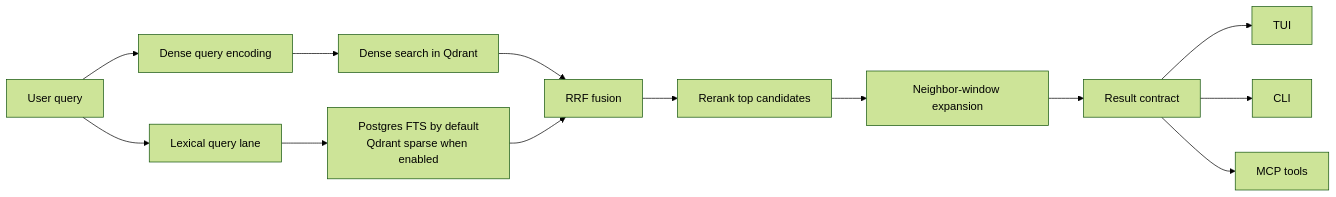
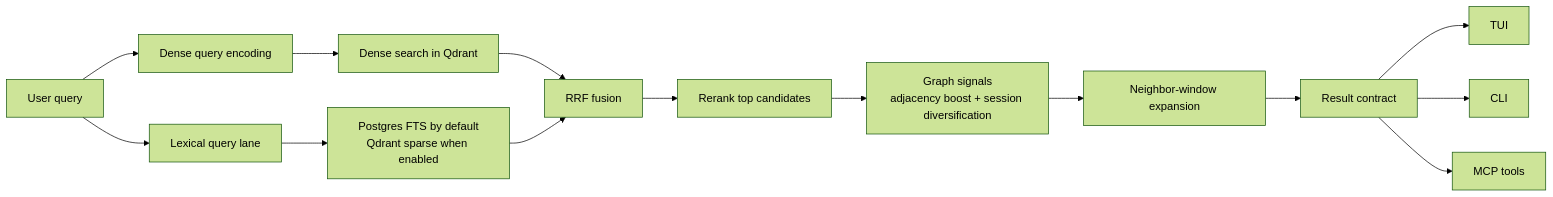
One commit to Timandilu/vaultq changed the third of 4 diagrams in README.md. Above: the diagram before and after it, drawn with Mermaid (forest theme). The commit also changed other lines of this file and 54 other files, not shown here.

````diff
--- a/README.md
+++ b/README.md
@@ -86,15 +87,16 @@
 ```mermaid
 flowchart LR
     Q["User query"] --> DQ["Dense query encoding"]
     Q --> SQ["Lexical query lane"]
     DQ --> DS["Dense search in Qdrant"]
     SQ --> SS["Postgres FTS by default<br/>Qdrant sparse when enabled"]
     DS --> F["RRF fusion"]
     SS --> F
     F --> R["Rerank top candidates"]
-    R --> N["Neighbor-window expansion"]
+    R --> G["Graph signals<br/>adjacency boost + session diversification"]
+    G --> N["Neighbor-window expansion"]
     N --> O["Result contract"]
     O --> TUI["TUI"]
     O --> CLI["CLI"]
     O --> MCP["MCP tools"]
 ```
````
